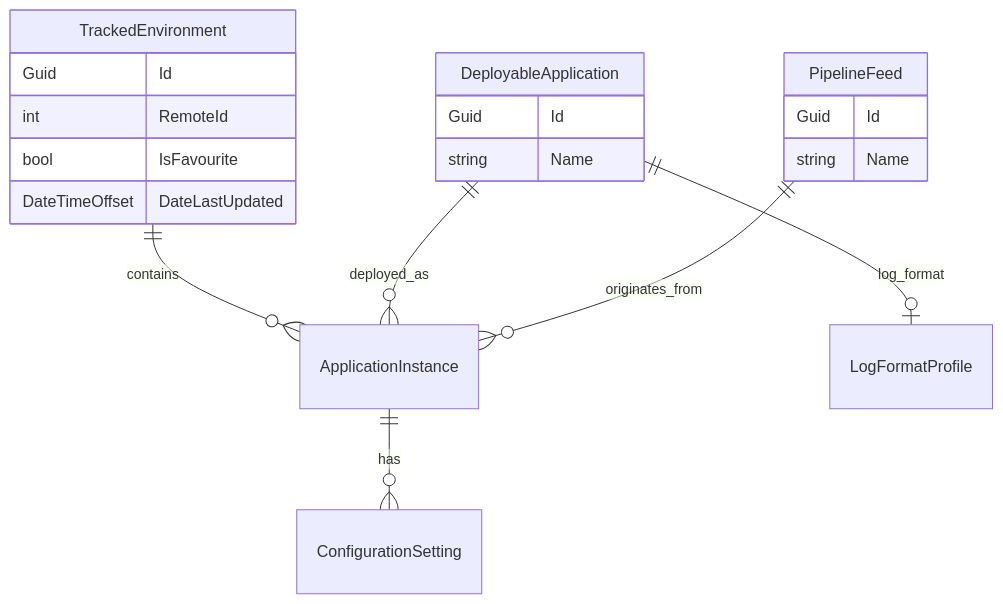
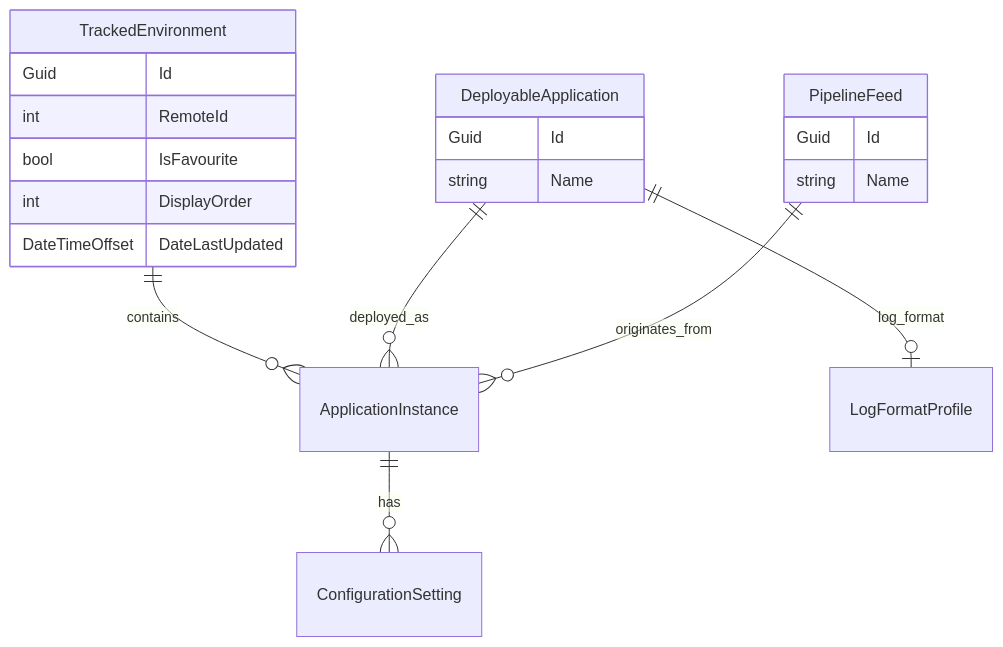
One commit to e-manual-goldstein/digital-services-dev-dash changed the diagram in docs/backlog.md. Above: the diagram before and after it, drawn with Mermaid. The commit also changed other lines of this file and 8 other files, not shown here.

````diff
--- a/docs/backlog.md
+++ b/docs/backlog.md
@@ -69,22 +89,23 @@
 ```mermaid
 erDiagram
     TrackedEnvironment ||--o{ ApplicationInstance : contains
     DeployableApplication ||--o{ ApplicationInstance : deployed_as
     PipelineFeed ||--o{ ApplicationInstance : originates_from
     DeployableApplication ||--o| LogFormatProfile : log_format
     ApplicationInstance ||--o{ ConfigurationSetting : has
     TrackedEnvironment {
         Guid Id
         int RemoteId
         bool IsFavourite
+        int DisplayOrder
         DateTimeOffset DateLastUpdated
     }
     PipelineFeed {
         Guid Id
         string Name
     }
     DeployableApplication {
         Guid Id
         string Name
     }
 ```
````
